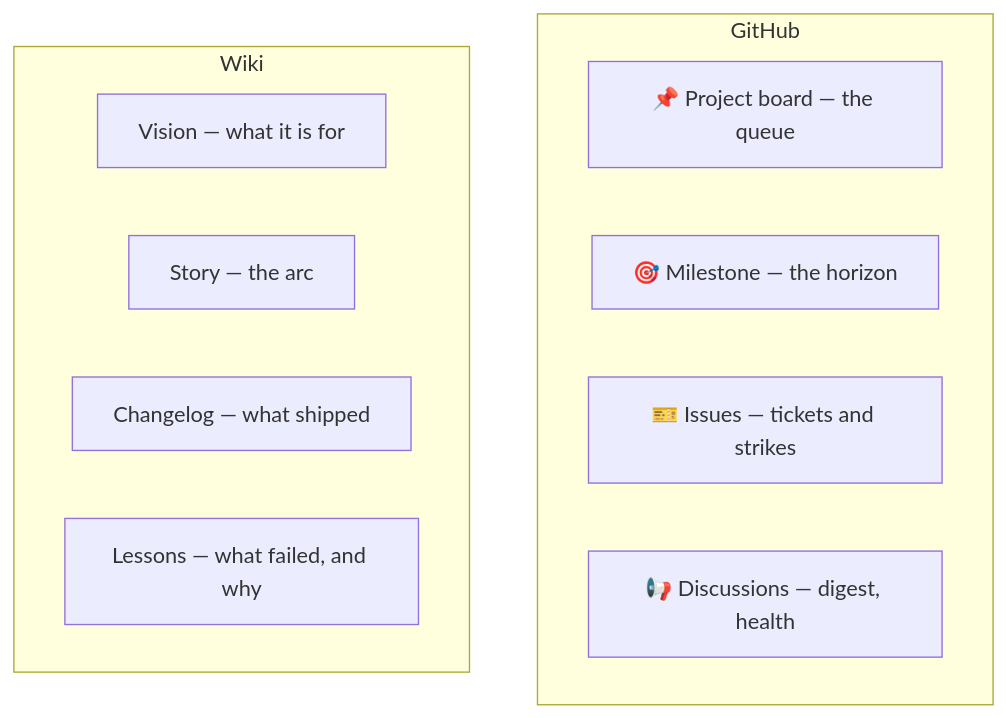
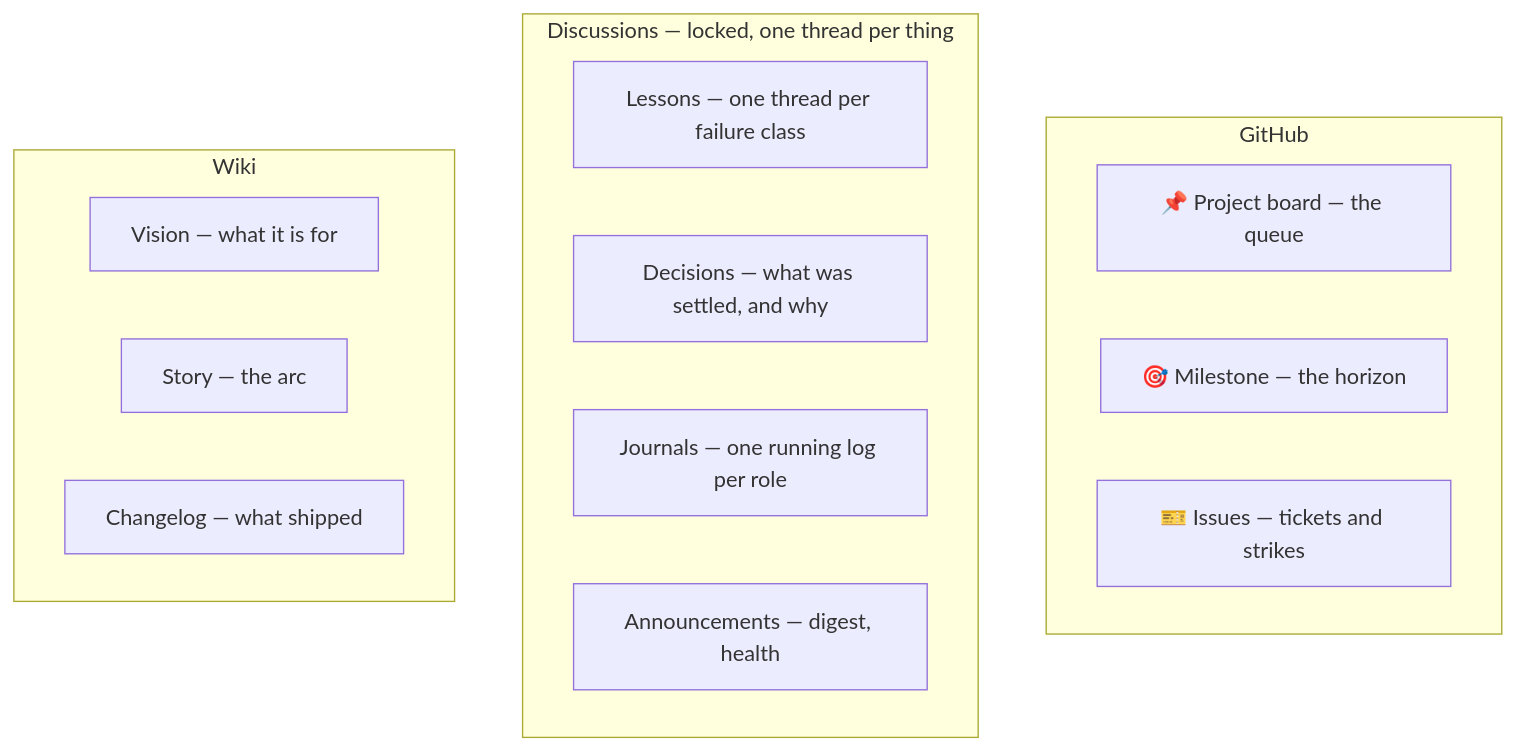
The third of 3 diagrams in README.md (DavidCorrea/selfgrow), drawn with Mermaid before and after one commit. The commit also changed other lines of this file and 9 other files, not shown here.

````diff
--- a/README.md
+++ b/README.md
@@ -123,15 +123,19 @@
 ```mermaid
 flowchart TD
     subgraph gh ["GitHub"]
         BOARD["📌 Project board — the queue"]
         MS["🎯 Milestone — the horizon"]
         ISSUES["🎫 Issues — tickets and strikes"]
-        DISC["📢 Discussions — digest, health"]
+    end
+    subgraph disc ["Discussions — locked, one thread per thing"]
+        LESSONS["Lessons — one thread per failure class"]
+        DECISIONS["Decisions — what was settled, and why"]
+        JOURNALS["Journals — one running log per role"]
+        ANN["Announcements — digest, health"]
     end
     subgraph wiki ["Wiki"]
         VISION["Vision — what it is for"]
         STORY["Story — the arc"]
         CHANGE["Changelog — what shipped"]
-        LESSONS["Lessons — what failed, and why"]
     end
 ```
````
